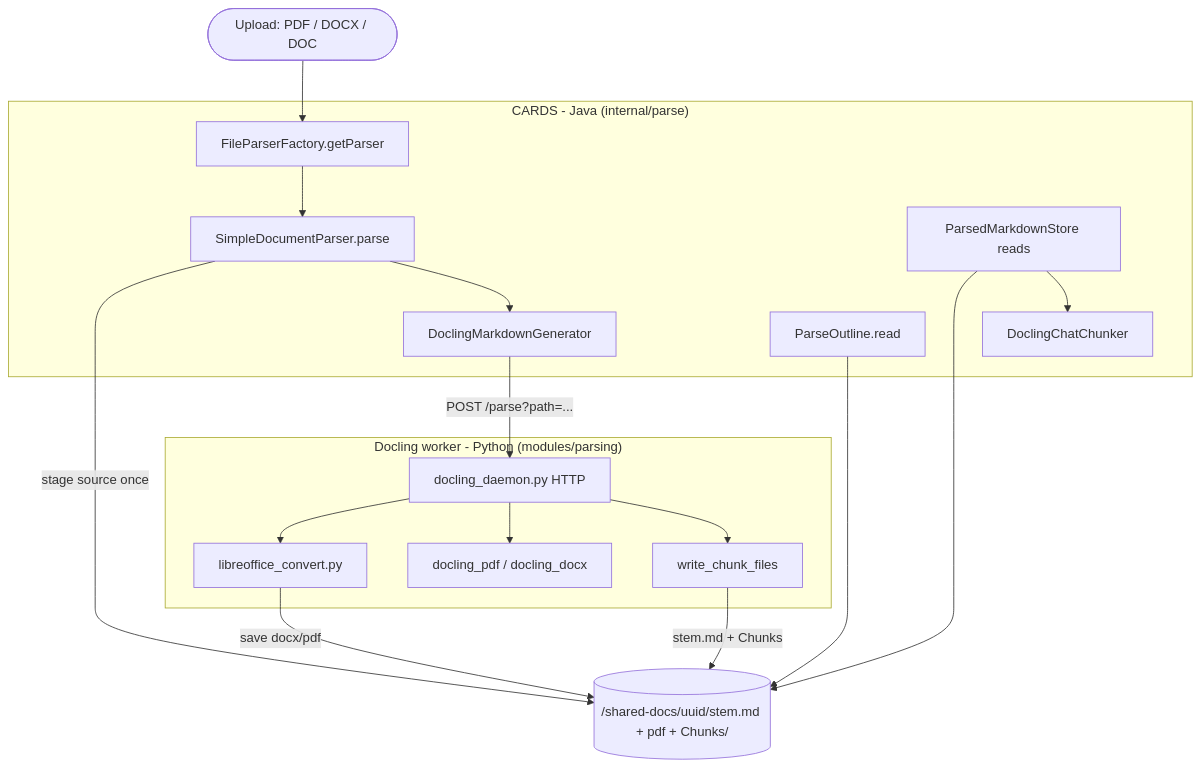
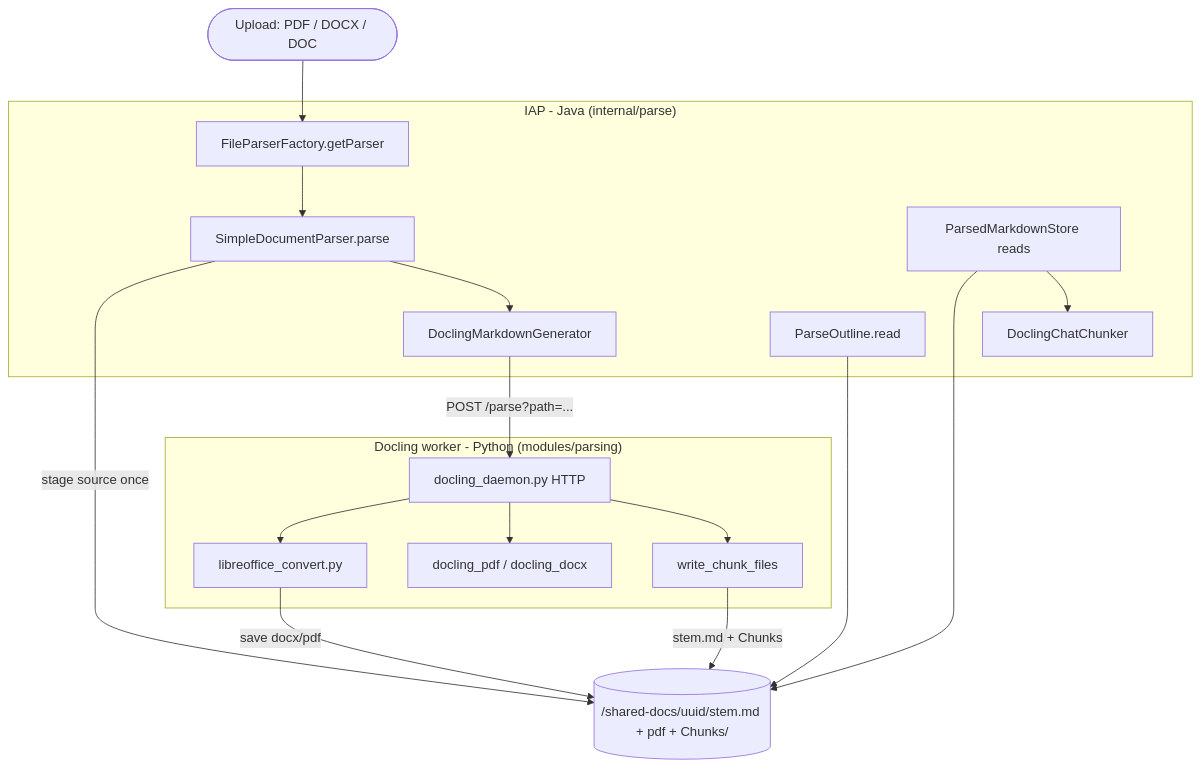
One commit to data-team-uhn/cards changed the first of 3 diagrams in Utilities/Parsing/prompts/PARSING_PIPELINE.md. Above: the diagram before and after it, drawn with Mermaid. The commit also changed other lines of this file and 23 other files, not shown here.

````diff
--- a/Utilities/Parsing/prompts/PARSING_PIPELINE.md
+++ b/Utilities/Parsing/prompts/PARSING_PIPELINE.md
@@ -15,36 +15,36 @@
 ```mermaid
 flowchart TB
     U(["Upload: PDF / DOCX / DOC"])
 
-    subgraph Java["CARDS - Java (internal/parse)"]
+    subgraph Java["IAP - Java (internal/parse)"]
         FPF["FileParserFactory.getParser"]
         SDP["SimpleDocumentParser.parse"]
         DMG["DoclingMarkdownGenerator"]
         PMS["ParsedMarkdownStore reads"]
         DCC["DoclingChatChunker"]
         PO["ParseOutline.read"]
     end
 
     subgraph Py["Docling worker - Python (modules/parsing)"]
         DAEMON["docling_daemon.py HTTP"]
         LO["libreoffice_convert.py"]
         GEN["docling_pdf / docling_docx"]
         WCF["write_chunk_files"]
     end
 
     ART[("/shared-docs/uuid/stem.md + pdf + Chunks/")]
 
     U --> FPF
     FPF --> SDP
     SDP -->|stage source once| ART
     SDP --> DMG
     DMG -->|"POST /parse?path=..."| DAEMON
     DAEMON --> LO
     LO -->|save docx/pdf| ART
     DAEMON --> GEN
     DAEMON --> WCF
     WCF -->|stem.md + Chunks| ART
     PMS --> ART
     PMS --> DCC
     PO --> ART
 ```
````
